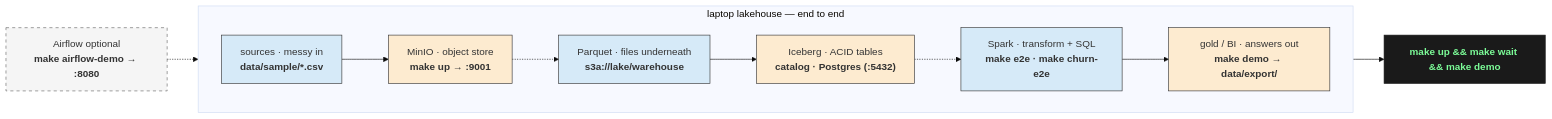
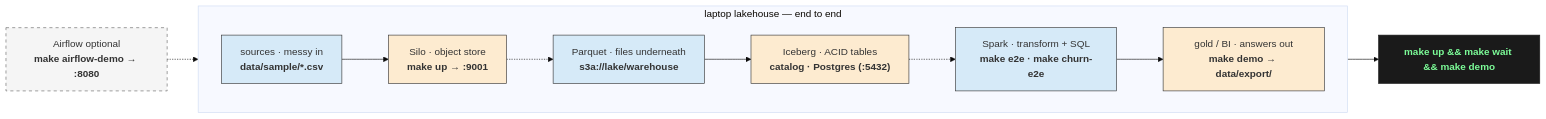
Before and after one commit to santoshshinde2012/local-data-lakehouse: the diagram in README.md, drawn with Mermaid (base theme). The commit also changed other lines of this file and 12 other files, not shown here.

First line of the commit message:
Migrate object store from archived MinIO to SILO

````diff
--- a/README.md
+++ b/README.md
@@ -35,29 +37,29 @@
 ```mermaid
 flowchart LR
   subgraph pipeline["laptop lakehouse — end to end"]
     direction LR
     S["sources · messy in<br/><b>data/sample/*.csv</b>"]
-    M["MinIO · object store<br/><b>make up → :9001</b>"]
+    M["Silo · object store<br/><b>make up → :9001</b>"]
     P["Parquet · files underneath<br/><b>s3a://lake/warehouse</b>"]
     I["Iceberg · ACID tables<br/><b>catalog · Postgres (:5432)</b>"]
     SP["Spark · transform + SQL<br/><b>make e2e · make churn-e2e</b>"]
     G["gold / BI · answers out<br/><b>make demo → data/export/</b>"]
 
     S --> M -.-> P --> I -.-> SP --> G
   end
 
   AF["Airflow optional<br/><b>make airflow-demo → :8080</b>"]
   AF -.-> SP
 
   FULL["<b>make up && make wait && make demo</b>"]
   G --> FULL
 
   style S fill:#d6eaf8,stroke:#333
   style M fill:#fdebd0,stroke:#333
   style P fill:#d6eaf8,stroke:#333
   style I fill:#fdebd0,stroke:#333
   style SP fill:#d6eaf8,stroke:#333
   style G fill:#fdebd0,stroke:#333
   style AF fill:#f5f5f5,stroke:#666,stroke-dasharray: 5 5
   style FULL fill:#1a1a1a,color:#7CFC98,stroke:#1a1a1a
 ```
````
